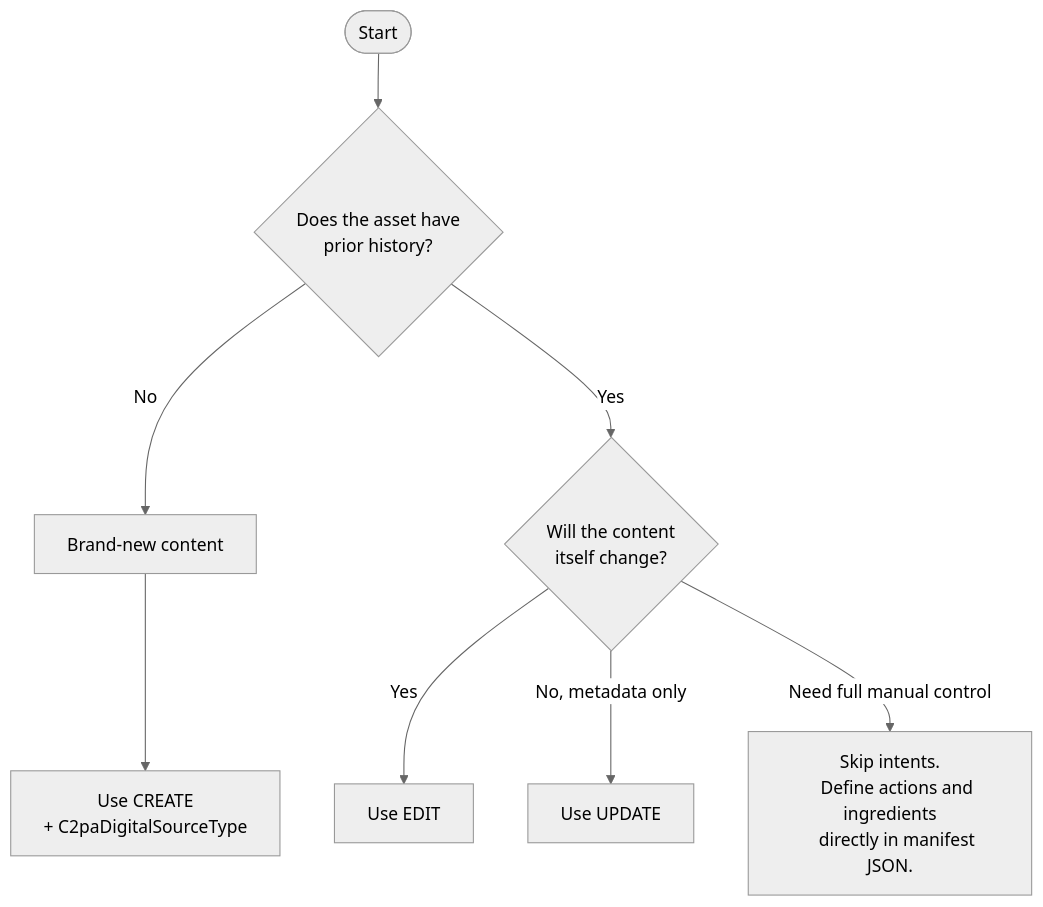
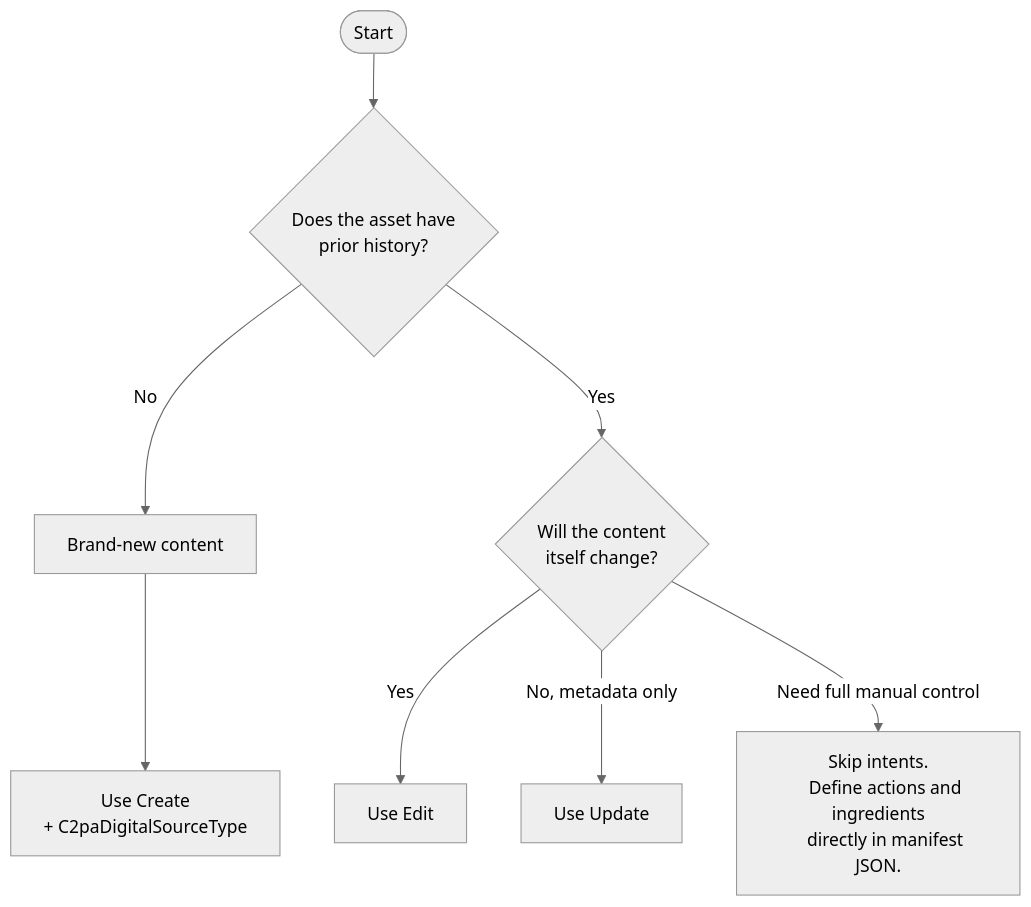
One commit to contentauth/c2pa-python changed the sixth of 6 diagrams in docs/intents.md. Above: the diagram before and after it, drawn with Mermaid (neutral theme). The commit also changed other lines of this file, not shown here.

Commit message:
Edit intents and make it follow style, org of c2pa-c version

````diff
--- a/docs/intents.md
+++ b/docs/intents.md
@@ -214,15 +263,15 @@
 ```mermaid
 flowchart TD
     Start([Start]) --> HasParent{Does the asset have
     prior history?}
     HasParent --> |No| IsNew[Brand-new content]
-    IsNew --> CREATE["Use CREATE
+    IsNew --> CREATE["Use Create
     + C2paDigitalSourceType"]
     HasParent --> |Yes| ContentChanged{Will the content
     itself change?}
-    ContentChanged --> |Yes| EDIT[Use EDIT]
-    ContentChanged --> |No, metadata only| UPDATE[Use UPDATE]
+    ContentChanged --> |Yes| EDIT[Use Edit]
+    ContentChanged --> |No, metadata only| UPDATE[Use Update]
     ContentChanged --> |Need full manual control| MANUAL["Skip intents.
     Define actions and ingredients
     directly in manifest JSON."]
 ```
````
